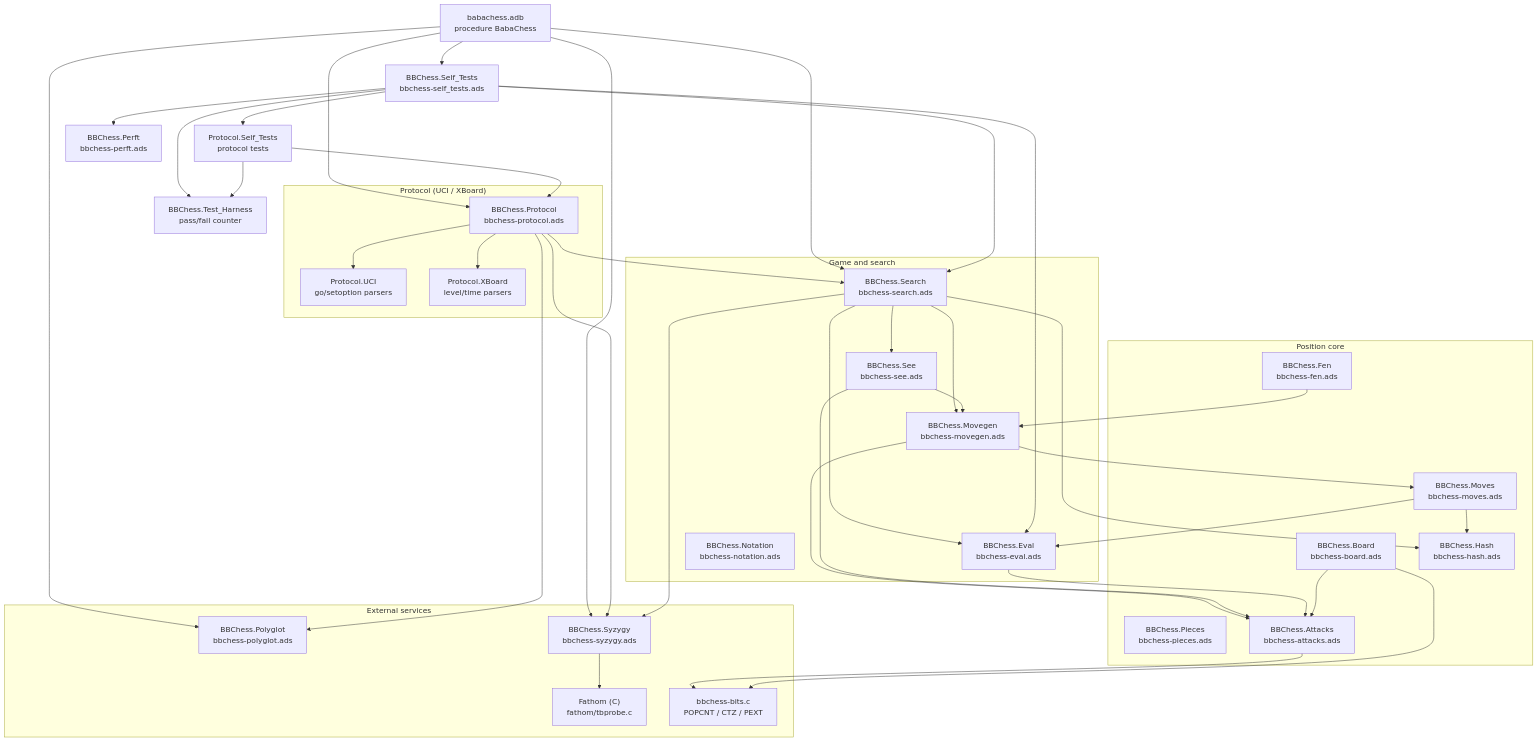
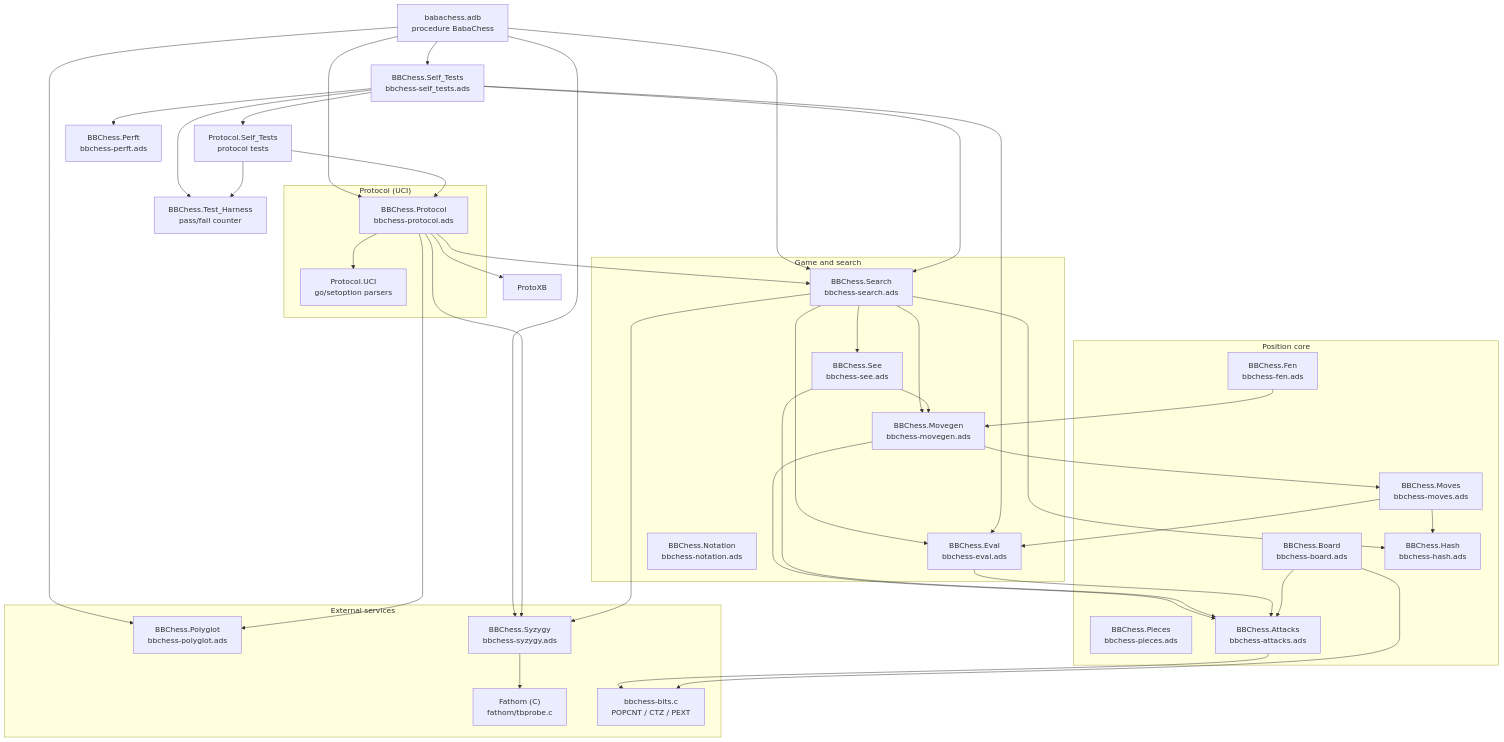
Before and after one commit to claurence57/BabaChess: the first of 2 diagrams in src/doc/README-en.md, drawn with Mermaid. The commit also changed other lines of this file and 26 other files, not shown here.

````diff
--- a/src/doc/README-en.md
+++ b/src/doc/README-en.md
@@ -58,69 +59,68 @@
 ```mermaid
 flowchart TD
     Main["babachess.adb<br/>procedure BabaChess"]
     subgraph Noyau["Position core"]
         Pieces["BBChess.Pieces<br/>bbchess-pieces.ads"]
         Board["BBChess.Board<br/>bbchess-board.ads"]
         Moves["BBChess.Moves<br/>bbchess-moves.ads"]
         Hash["BBChess.Hash<br/>bbchess-hash.ads"]
         Attacks["BBChess.Attacks<br/>bbchess-attacks.ads"]
         Fen["BBChess.Fen<br/>bbchess-fen.ads"]
     end
     subgraph Jeu["Game and search"]
         Movegen["BBChess.Movegen<br/>bbchess-movegen.ads"]
         Search["BBChess.Search<br/>bbchess-search.ads"]
         Eval["BBChess.Eval<br/>bbchess-eval.ads"]
         See["BBChess.See<br/>bbchess-see.ads"]
         Notation["BBChess.Notation<br/>bbchess-notation.ads"]
     end
     subgraph Services["External services"]
         Polyglot["BBChess.Polyglot<br/>bbchess-polyglot.ads"]
         Syzygy["BBChess.Syzygy<br/>bbchess-syzygy.ads"]
         Fathom["Fathom (C)<br/>fathom/tbprobe.c"]
         Bits["bbchess-bits.c<br/>POPCNT / CTZ / PEXT"]
     end
-    subgraph Protocole["Protocol (UCI / XBoard)"]
+    subgraph Protocole["Protocol (UCI)"]
         Proto["BBChess.Protocol<br/>bbchess-protocol.ads"]
         ProtoUCI["Protocol.UCI<br/>go/setoption parsers"]
-        ProtoXB["Protocol.XBoard<br/>level/time parsers"]
     end
     Tests["BBChess.Self_Tests<br/>bbchess-self_tests.ads"]
     ProtoTests["Protocol.Self_Tests<br/>protocol tests"]
     Harness["BBChess.Test_Harness<br/>pass/fail counter"]
     Perft["BBChess.Perft<br/>bbchess-perft.ads"]
 
     Main --> Proto
     Main --> Search
     Main --> Polyglot
     Main --> Syzygy
     Main --> Tests
     Proto --> ProtoUCI
     Proto --> ProtoXB
     Proto --> Search
     Proto --> Polyglot
     Proto --> Syzygy
     Search --> Movegen
     Search --> Eval
     Search --> See
     Search --> Syzygy
     Search --> Hash
     Movegen --> Attacks
     Movegen --> Moves
     See --> Attacks
     See --> Movegen
     Eval --> Attacks
     Fen --> Movegen
     Moves --> Hash
     Moves --> Eval
     Board --> Attacks
     Tests --> Perft
     Tests --> Search
     Tests --> Eval
     Tests --> ProtoTests
     ProtoTests --> Proto
     Tests --> Harness
     ProtoTests --> Harness
     Syzygy --> Fathom
     Attacks --> Bits
     Board --> Bits
 ```
````
